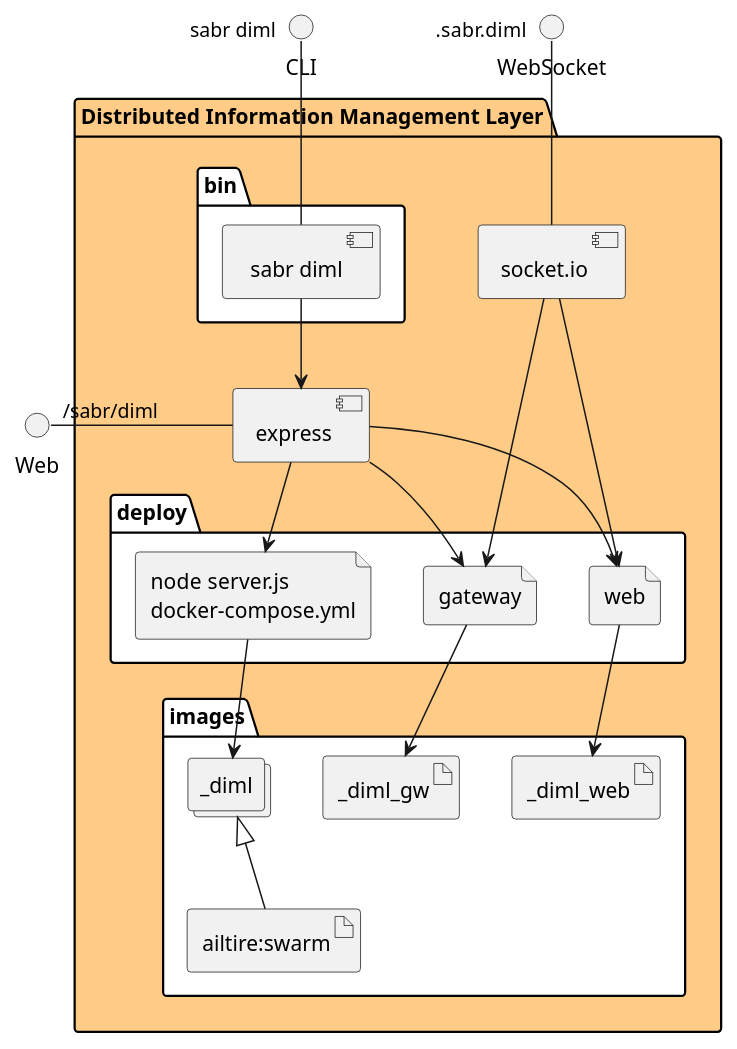
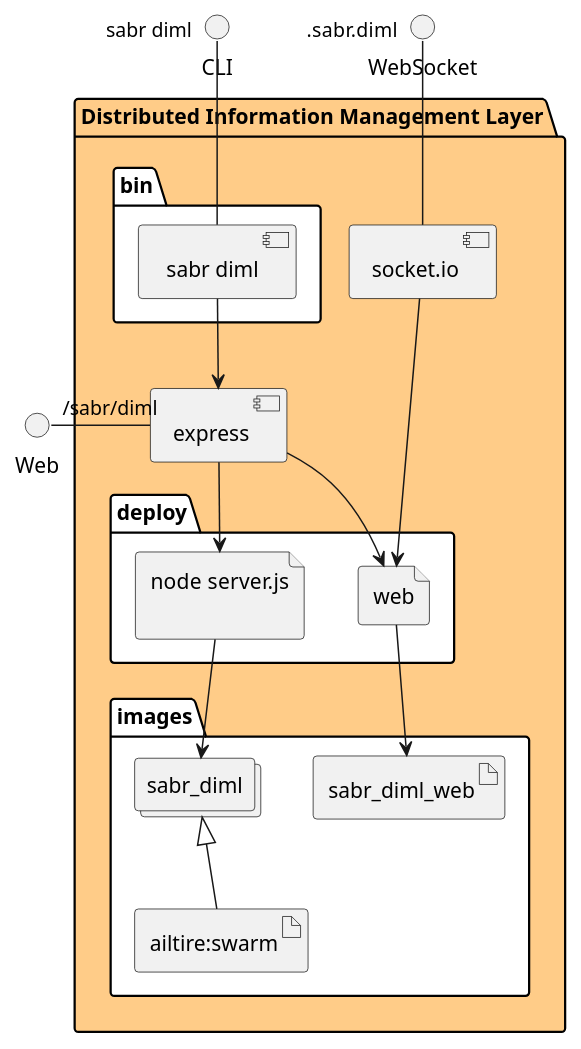
One commit to madajaju/sabr changed the diagram in docs/sabr/diml/envs/prod/physical.puml. Above: the diagram before and after it, drawn with PlantUML. The commit also changed 484 other files, not shown here.

```diff
--- a/docs/sabr/diml/envs/prod/physical.puml
+++ b/docs/sabr/diml/envs/prod/physical.puml
@@ -1,46 +1,39 @@
 @startuml
   interface CLI
   interface Web
   interface WebSocket
 package "Distributed Information Management Layer" #ffcc88 {
   component express as REST
   component socket.io as socket
   folder bin #ffffff {
     component " sabr diml" as binName
   }
   binName --> REST
 
   folder deploy #ffffff {
-      file "node server.js\ndocker-compose.yml" as _diml_container
-      REST --> _diml_container
+      file "node server.js\n" as sabr_diml_container
+      REST --> sabr_diml_container
 
   
     file "web" as web_container
     REST --> web_container
     socket ---> web_container
   
-    file "gateway" as gateway_container
-    REST --> gateway_container
-    socket ---> gateway_container
-  
   }
   folder images #ffffff {
-    collections "_diml" as _dimlimage
+    collections "sabr_diml" as sabr_dimlimage
     artifact "ailtire:swarm" as ailtireswarm
-    _dimlimage <|-- ailtireswarm
-    _diml_container --> _dimlimage
+    sabr_dimlimage <|-- ailtireswarm
+    sabr_diml_container --> sabr_dimlimage
 
   
-      artifact "_diml_web" as _diml_web
-      web_container --> _diml_web
-    
-      artifact "_diml_gw" as _diml_gw
-      gateway_container --> _diml_gw
+      artifact "sabr_diml_web" as sabr_diml_web
+      web_container --> sabr_diml_web
     
   }
 }
 CLI " sabr diml" -- binName
 Web "/sabr/diml" - REST
 WebSocket ".sabr.diml" -- socket
 
 @enduml
```
